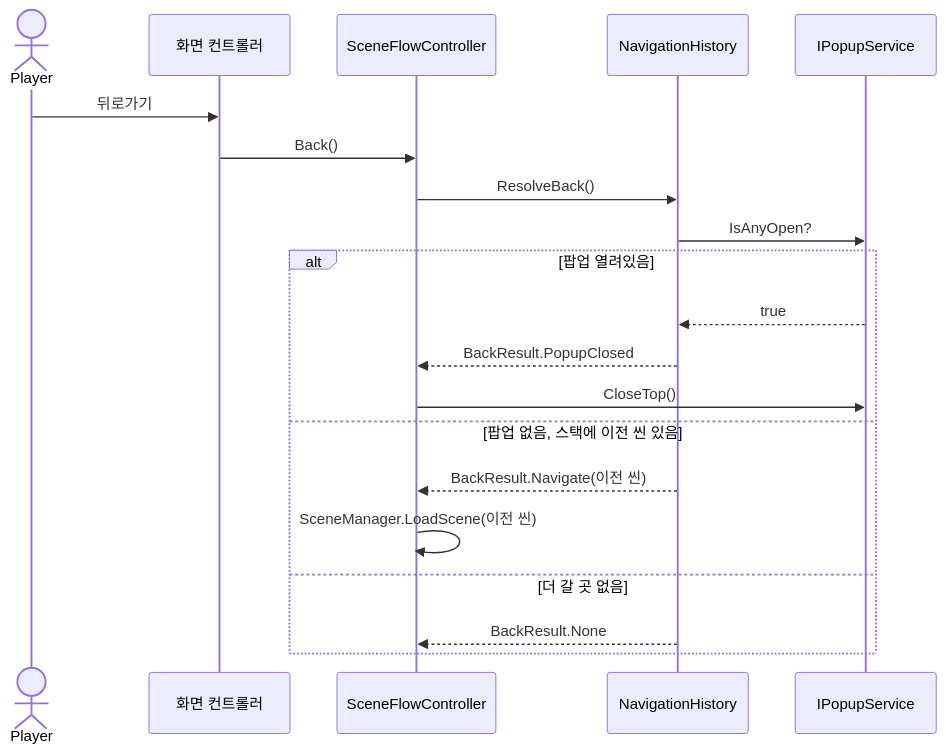
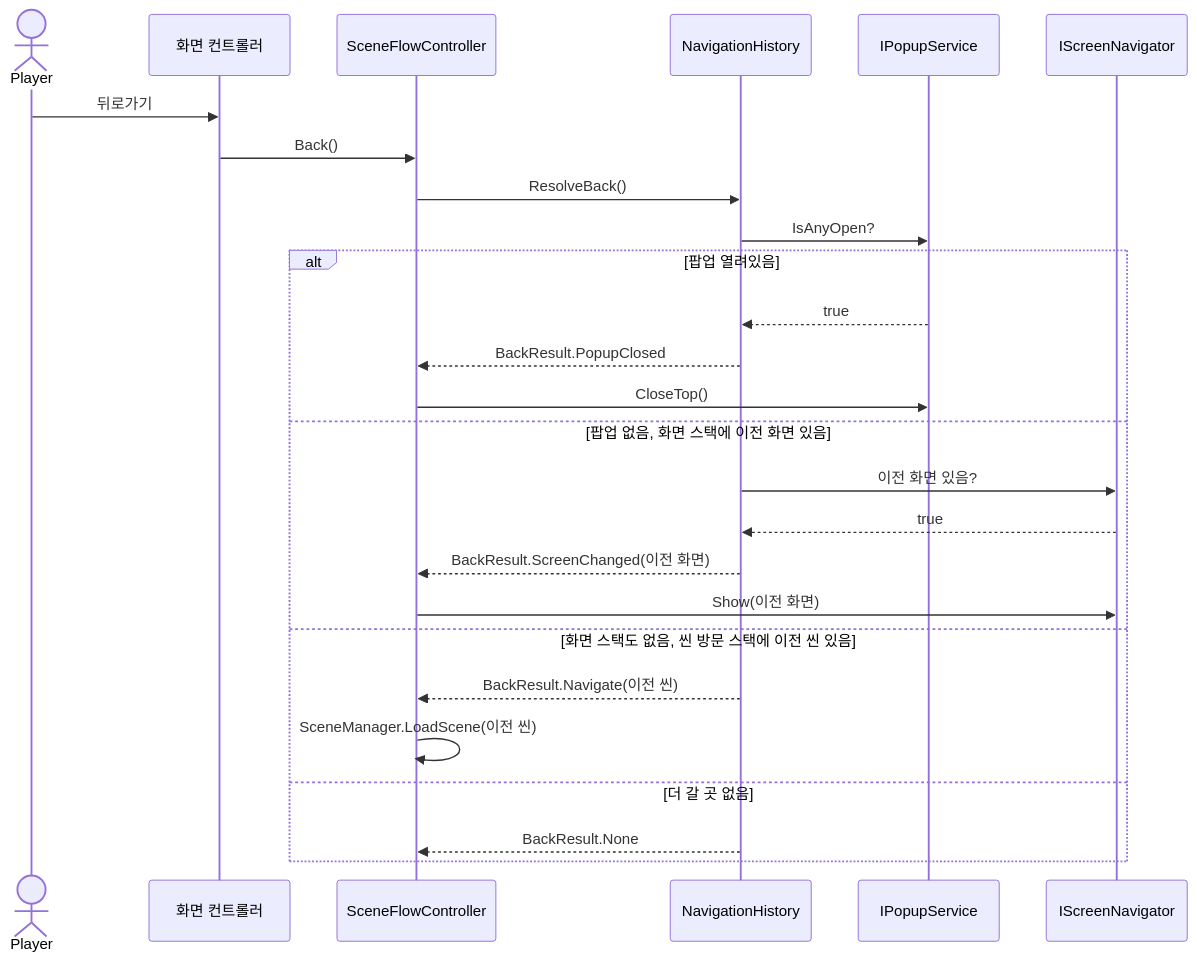
Before and after one commit to ccommit/Trickcal_Revive: the second of 3 diagrams in docs/설계문서/02_로비화면전환_설계서.md, drawn with Mermaid. The commit also changed other lines of this file and 78 other files, not shown here.

````diff
--- a/docs/설계문서/02_로비화면전환_설계서.md
+++ b/docs/설계문서/02_로비화면전환_설계서.md
@@ -87,23 +153,29 @@
 ```mermaid
 sequenceDiagram
     actor Player
     participant UI as 화면 컨트롤러
     participant Nav as SceneFlowController
     participant Hist as NavigationHistory
     participant Popup as IPopupService
+    participant Screen as IScreenNavigator
 
     Player->>UI: 뒤로가기
     UI->>Nav: Back()
     Nav->>Hist: ResolveBack()
     Hist->>Popup: IsAnyOpen?
     alt 팝업 열려있음
         Popup-->>Hist: true
         Hist-->>Nav: BackResult.PopupClosed
         Nav->>Popup: CloseTop()
-    else 팝업 없음, 스택에 이전 씬 있음
+    else 팝업 없음, 화면 스택에 이전 화면 있음
+        Hist->>Screen: 이전 화면 있음?
+        Screen-->>Hist: true
+        Hist-->>Nav: BackResult.ScreenChanged(이전 화면)
+        Nav->>Screen: Show(이전 화면)
+    else 화면 스택도 없음, 씬 방문 스택에 이전 씬 있음
         Hist-->>Nav: BackResult.Navigate(이전 씬)
         Nav->>Nav: SceneManager.LoadScene(이전 씬)
     else 더 갈 곳 없음
         Hist-->>Nav: BackResult.None
     end
 ```
````
